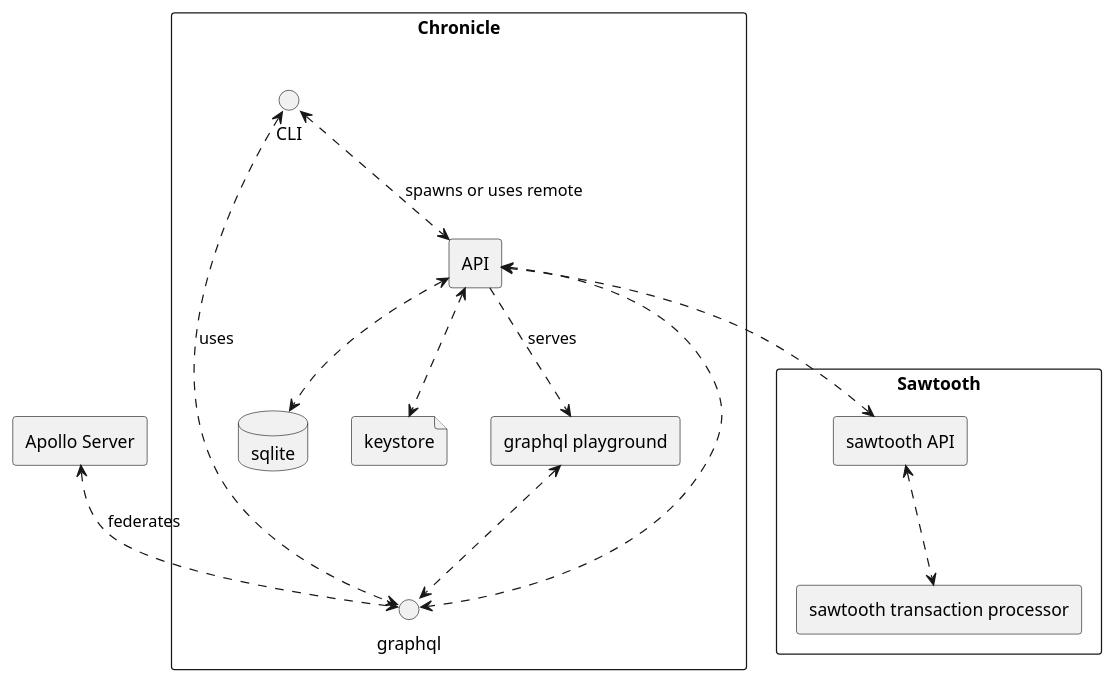
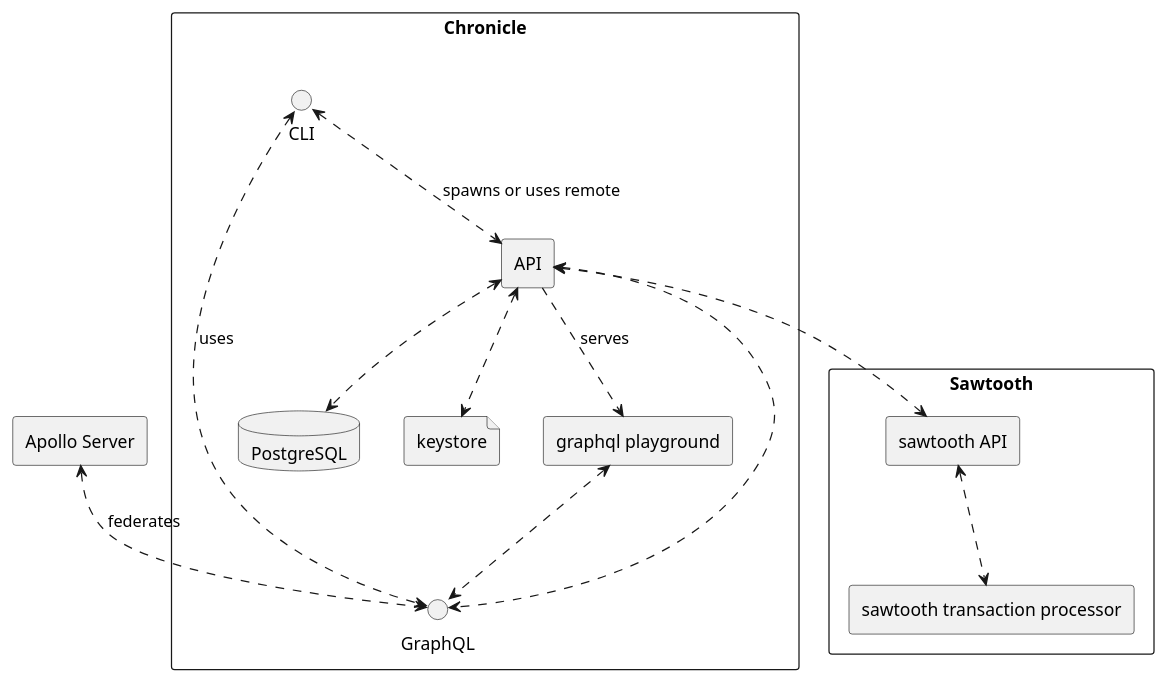
The diagram in component.puml (chronicleworks/chronicle), drawn with PlantUML before and after one commit.

Commit message:
docs(component.puml): database is now postgresql rather than sqlite
CHRON-16

```diff
--- a/component.puml
+++ b/component.puml
@@ -1,42 +1,42 @@
 @startuml
 skinparam componentStyle rectangle
 
 
 component "Chronicle" {
-    database sqlite
+    database PostgreSQL
 
     file keystore
 
     () CLI
 
     [API]
 
     [graphql playground]
 
-    () graphql
+    () GraphQL
 }
 
 
 component "Sawtooth" {
     [sawtooth API]
 
     [sawtooth transaction processor]
 }
 
 [Apollo Server]
 
 
 
-[Apollo Server] <..> graphql: federates
+[Apollo Server] <..> GraphQL: federates
 [API] ..> [graphql playground]: serves
-[graphql playground] <..> graphql
+[graphql playground] <..> GraphQL
 CLI <..> API: spawns or uses remote
-CLI <..> graphql: uses
-[API] <..> graphql
-[API] <..> sqlite
+CLI <..> GraphQL: uses
+[API] <..> GraphQL
+[API] <..> PostgreSQL
 [API] <..> keystore
 [API] <..> [sawtooth API]
 
 [sawtooth API] <..> [sawtooth transaction processor]
 
 @enduml
```
